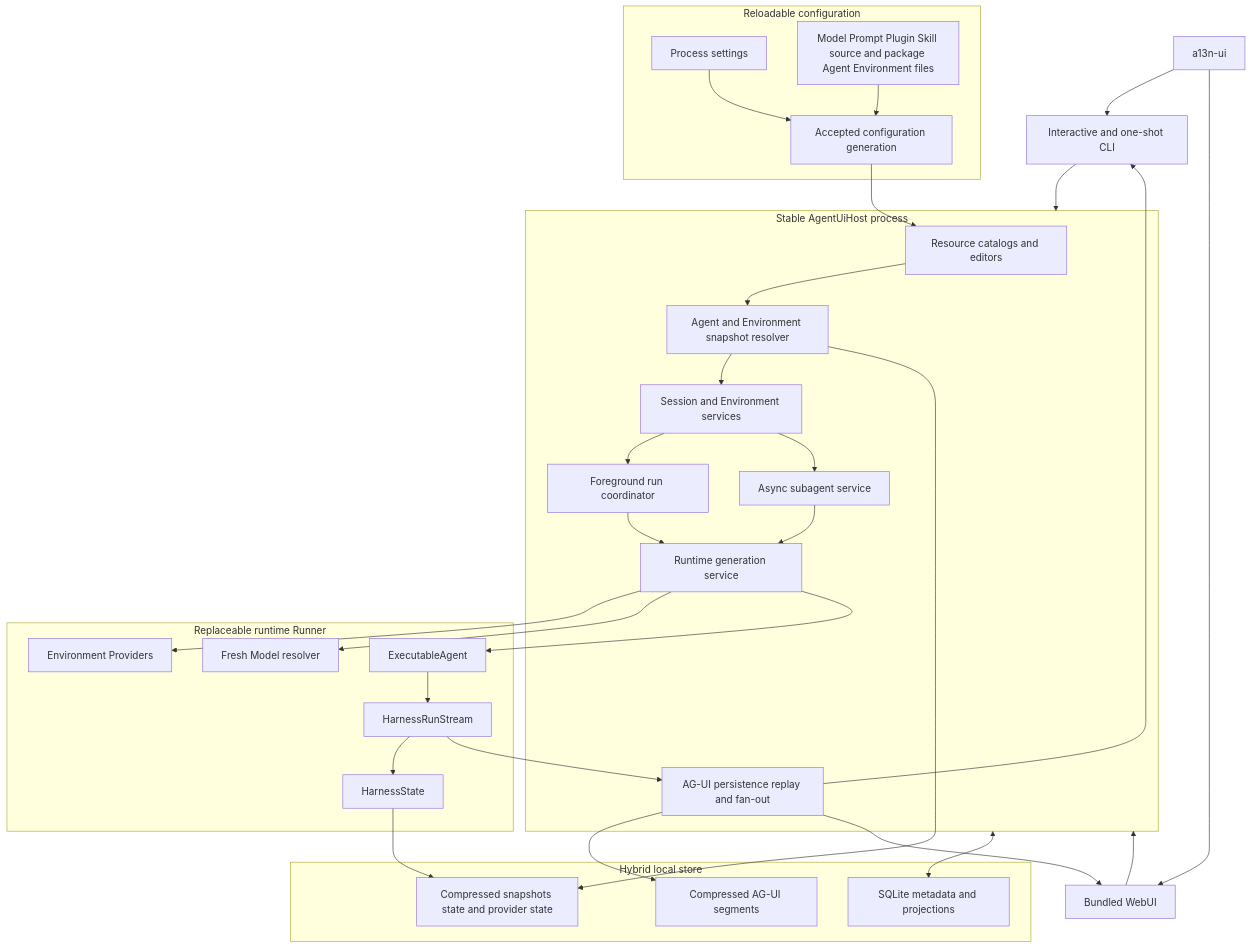
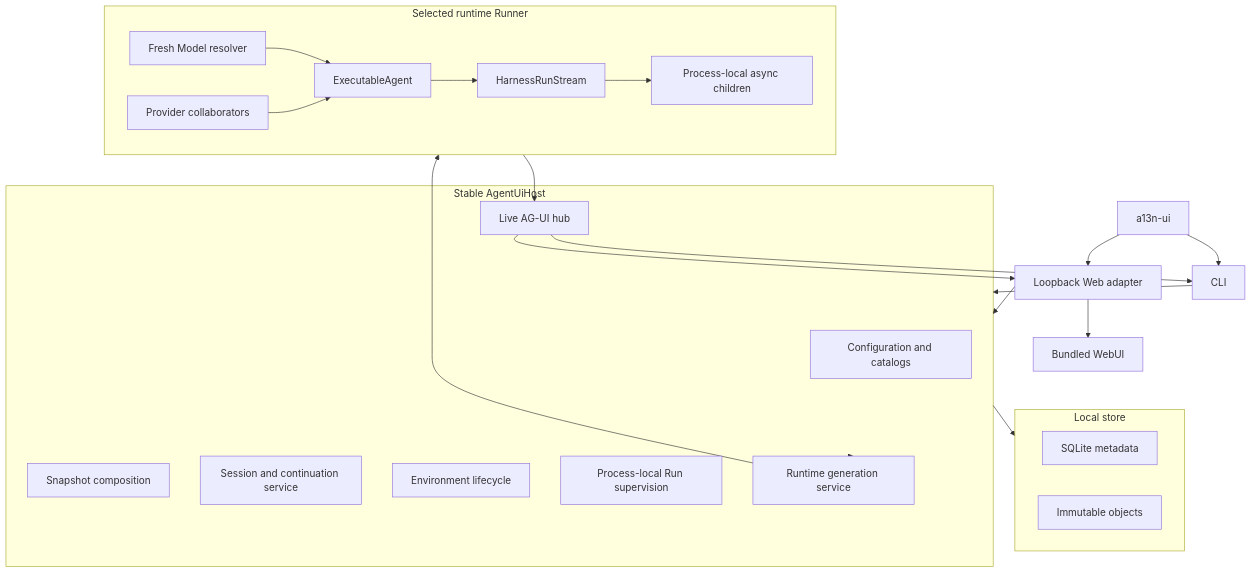
One commit to LTThreeComma/agent-foundation changed the second of 3 diagrams in spec/agent-ui/00-overview.md. Above: the diagram before and after it, drawn with Mermaid. The commit also changed other lines of this file and 132 other files, not shown here.

First line of the commit message:
refactor(agent-ui): adopt continuation-backed local state (#60)

````diff
--- a/spec/agent-ui/00-overview.md
+++ b/spec/agent-ui/00-overview.md
@@ -74,53 +64,40 @@
 ```mermaid
 flowchart TB
     Entry[a13n-ui]
-    Web[Bundled WebUI]
-    CLI[Interactive and one-shot CLI]
+    CLI[CLI]
+    Web[Loopback Web adapter]
+    Browser[Bundled WebUI]
 
-    subgraph Configuration[Reloadable configuration]
-        Settings[Process settings]
-        Definitions[Model Prompt Plugin Skill source and package Agent Environment files]
-        Generation[Accepted configuration generation]
+    subgraph Host[Stable AgentUiHost]
+        Configuration[Configuration and catalogs]
+        Composition[Snapshot composition]
+        Sessions[Session and continuation service]
+        Environments[Environment lifecycle]
+        Runs[Process-local Run supervision]
+        Live[Live AG-UI hub]
+        Runtime[Runtime generation service]
     end
 
-    subgraph Host[Stable AgentUiHost process]
-        Catalogs[Resource catalogs and editors]
-        Resolver[Agent and Environment snapshot resolver]
-        Sessions[Session and Environment services]
-        Runs[Foreground run coordinator]
-        Jobs[Async subagent service]
-        Events[AG-UI persistence replay and fan-out]
-        RuntimeRouter[Runtime generation service]
+    subgraph Store[Local store]
+        DB[SQLite metadata]
+        Objects[Immutable objects]
     end
 
-    subgraph Store[Hybrid local store]
-        DB[SQLite metadata and projections]
-        Objects[Compressed snapshots state and provider state]
-        Segments[Compressed AG-UI segments]
+    subgraph Runner[Selected runtime Runner]
+        Model[Fresh Model resolver]
+        Provider[Provider collaborators]
+        Executable[ExecutableAgent]
+        Stream[HarnessRunStream]
+        Children[Process-local async children]
     end
 
-    subgraph Runtime[Replaceable runtime Runner]
-        Provider[Environment Providers]
-        Model[Fresh Model resolver]
-        Executable[ExecutableAgent]
-        Stream[HarnessRunStream]
-        State[HarnessState]
-    end
-
-    Settings & Definitions --> Generation --> Catalogs
-    Entry --> CLI
-    Entry --> Web
-    Web & CLI --> Host
-    Catalogs --> Resolver
-    Resolver --> Sessions
-    Sessions --> Runs & Jobs
-    Host <--> DB
-    Resolver --> Objects
-    Runs & Jobs --> RuntimeRouter
-    RuntimeRouter --> Provider
-    RuntimeRouter --> Model
-    RuntimeRouter --> Executable --> Stream --> State
-    State --> Objects
-    Stream --> Events --> Segments
-    Events --> Web & CLI
+    Entry --> CLI --> Host
+    Entry --> Web --> Browser
+    Web --> Host
+    Host --> Store
+    Host --> Runtime --> Runner
+    Runner --> Live --> CLI
+    Live --> Web
+    Model & Provider --> Executable --> Stream
+    Stream --> Children
 ```
````
